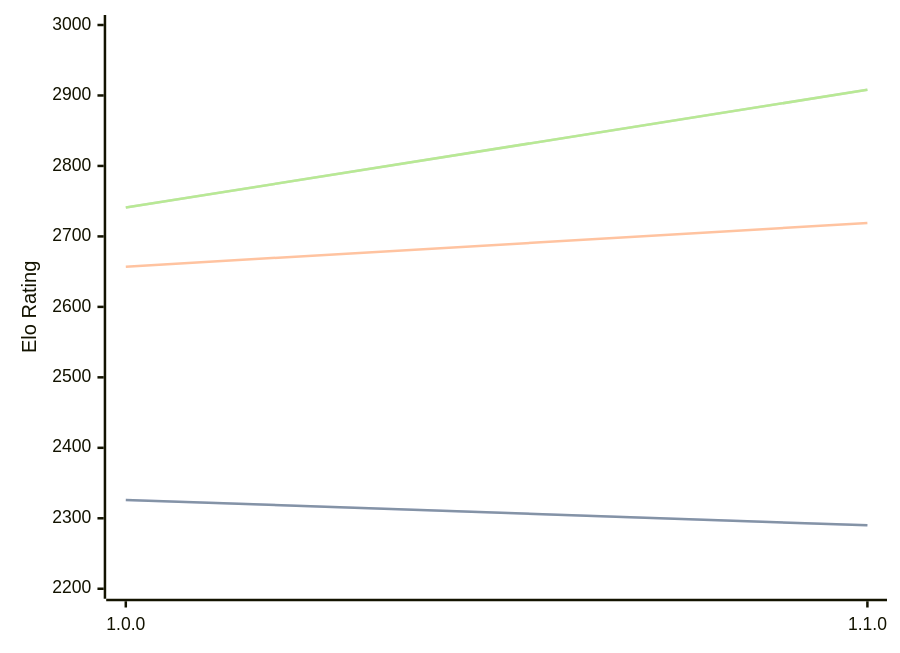
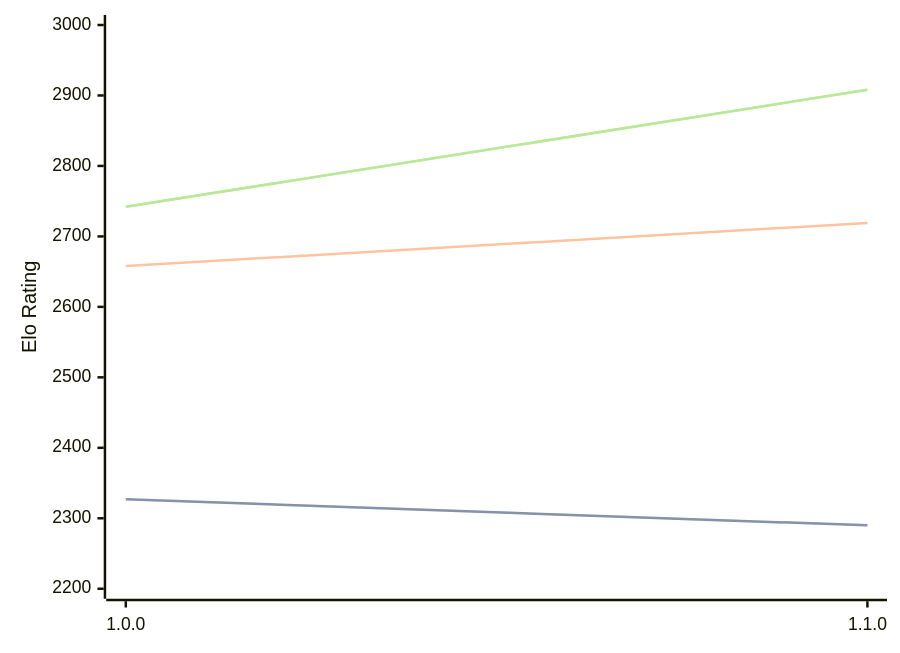
The diagram in engines/ShallowGuess.md (computer-chess-index/cci), drawn with Mermaid before and after one commit. The commit also changed other lines of this file, not shown here.

Commit message:
Update CCI Ratings (ELO VLTC) - 2026-08-29

````diff
--- a/engines/ShallowGuess.md
+++ b/engines/ShallowGuess.md
@@ -32,11 +32,11 @@
 ```mermaid
 %%{init: {"theme":"base","themeVariables":{"seriesColors:['#a3a3a3','#222221','#faa371']}}}%%
 xychart-beta
   x-axis ["1.0.0", "1.1.0"]
   y-axis "Elo Rating" 2200 --> 3000
-  line "" [2326, 2290]
-  line "STC (8.0+0.08s)" [2326, 2290]
-  line "LTC (60.0+0.60s)" [2657, 2719]
-  line "" [2741, 2908]
-  line "VLTC (2m24s+1.12s)" [2741, 2908]
+  line "" [2327, 2290]
+  line "STC (8.0+0.08s)" [2327, 2290]
+  line "LTC (60.0+0.60s)" [2658, 2719]
+  line "" [2742, 2908]
+  line "VLTC (2m24s+1.12s)" [2742, 2908]
 ```
````
